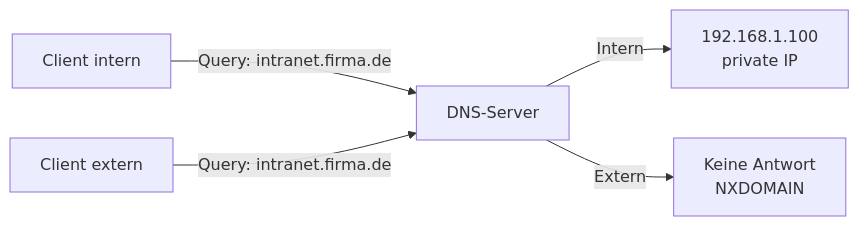
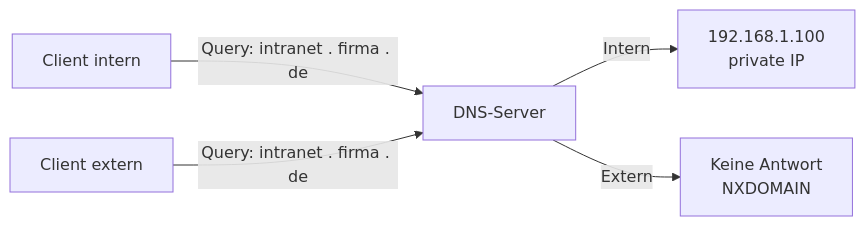
Before and after one commit to wimwenigerkind/docs.fa24b.de: the third of 4 diagrams in docs/lf09/dns/index.md, drawn with Mermaid. The commit also changed other lines of this file, not shown here.

````diff
--- a/docs/lf09/dns/index.md
+++ b/docs/lf09/dns/index.md
@@ -288,8 +296,7 @@
 ```mermaid
 graph LR
-    A[Client intern] -->|Query: intranet.firma.de| B[DNS-Server]
-    C[Client extern] -->|Query: intranet.firma.de| B
-
+    A[Client intern] -->|Query: intranet . firma . de| B[DNS-Server]
+    C[Client extern] -->|Query: intranet . firma . de| B
     B -->|Intern| D[192.168.1.100<br/>private IP]
     B -->|Extern| E[Keine Antwort<br/>NXDOMAIN]
 ```
````
